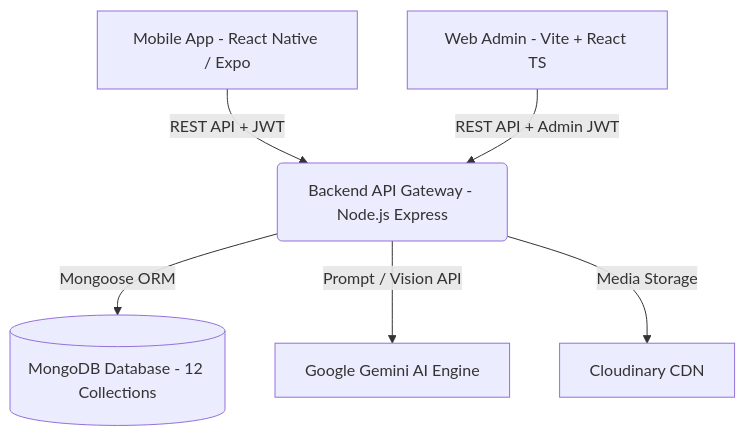
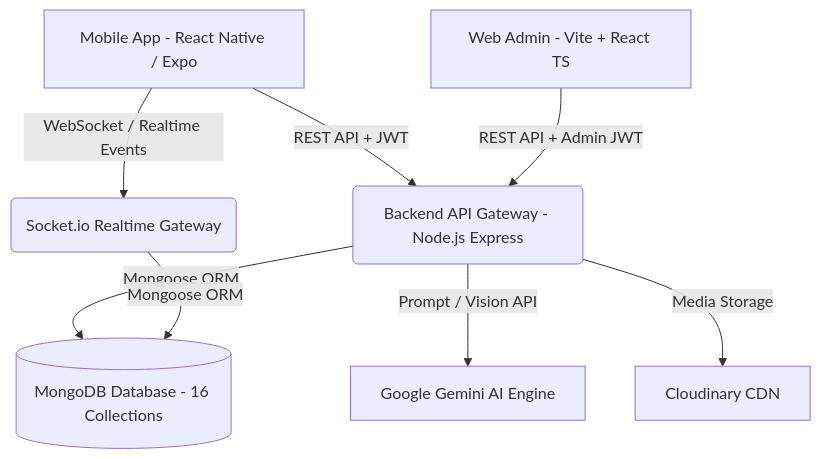
One commit to DevTurtle-Hub/smartcook-backend changed the first of 3 diagrams in IMPLEMENTATION_PLAN.md. Above: the diagram before and after it, drawn with Mermaid. The commit also changed other lines of this file and 2 other files, not shown here.

````diff
--- a/IMPLEMENTATION_PLAN.md
+++ b/IMPLEMENTATION_PLAN.md
@@ -10,8 +10,10 @@
 ```mermaid
 graph TD
     A[Mobile App - React Native / Expo] -->|REST API + JWT| C(Backend API Gateway - Node.js Express)
+    A -->|WebSocket / Realtime Events| S(Socket.io Realtime Gateway)
     B[Web Admin - Vite + React TS] -->|REST API + Admin JWT| C
-    C -->|Mongoose ORM| D[(MongoDB Database - 12 Collections)]
+    C -->|Mongoose ORM| D[(MongoDB Database - 16 Collections)]
+    S -->|Mongoose ORM| D
     C -->|Prompt / Vision API| E[Google Gemini AI Engine]
     C -->|Media Storage| F[Cloudinary CDN]
 ```
````
